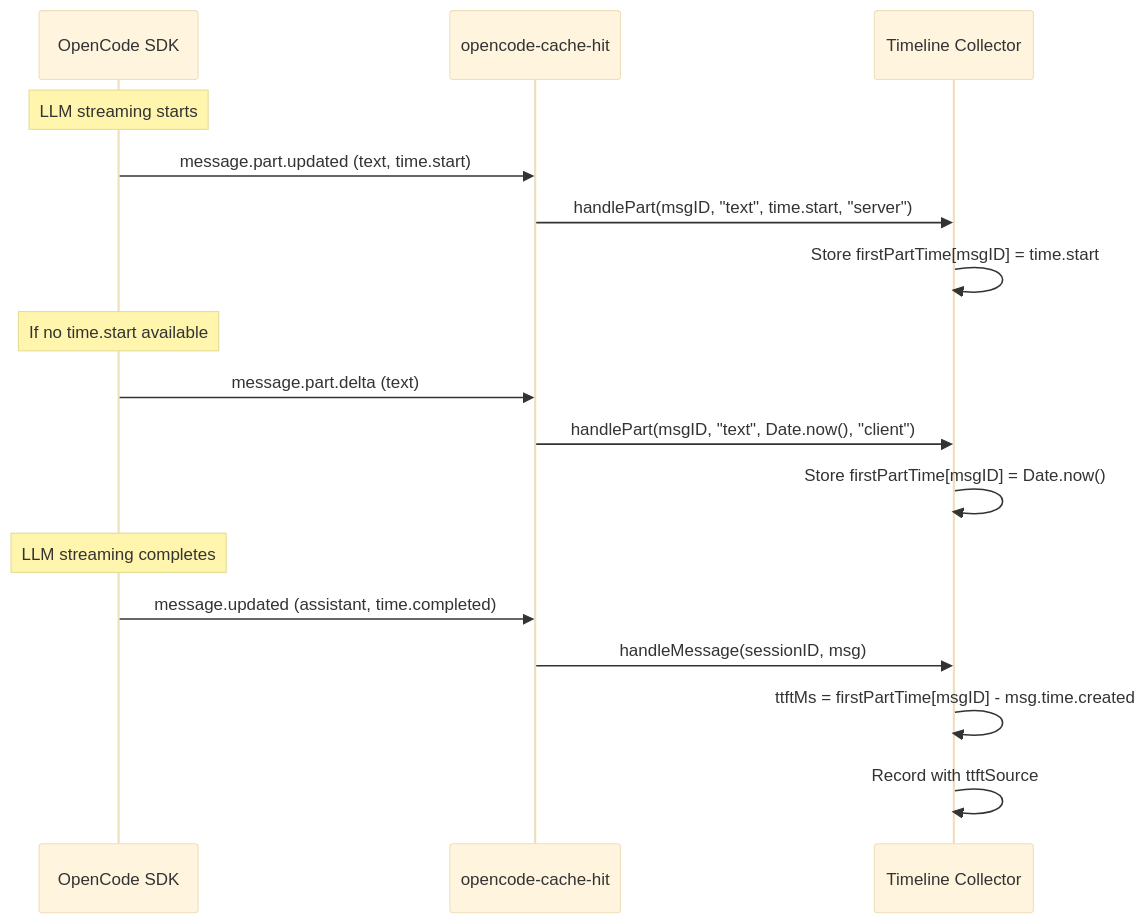
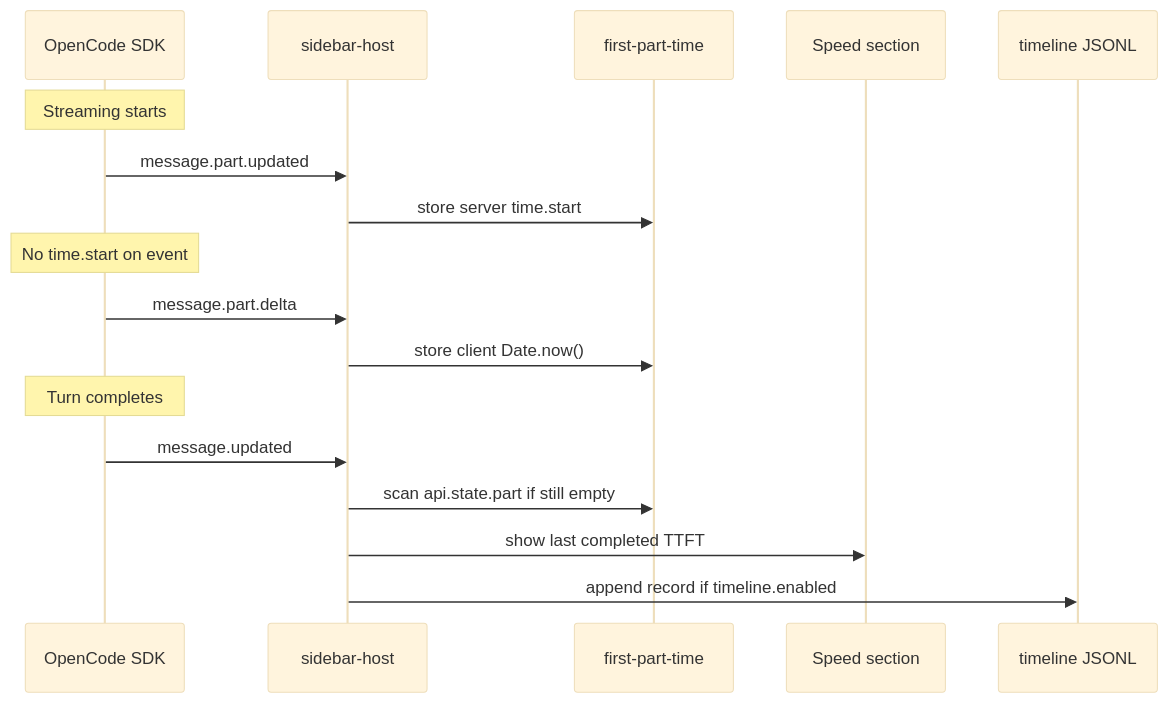
One commit to joaomj/opencode-cache-hit-plugin changed the diagram in docs/en/ttft-hybrid.md. Above: the diagram before and after it, drawn with Mermaid (base theme). The commit also changed other lines of this file and 16 other files, not shown here.

First line of the commit message:
fix(ttft): decouple sidebar timing from timeline and refresh docs

````diff
--- a/docs/en/ttft-hybrid.md
+++ b/docs/en/ttft-hybrid.md
@@ -84,22 +58,22 @@
 ```mermaid
 sequenceDiagram
     participant SDK as OpenCode SDK
-    participant Plugin as opencode-cache-hit
-    participant Timeline as Timeline Collector
-    
-    Note over SDK: LLM streaming starts
-    SDK->>Plugin: message.part.updated (text, time.start)
-    Plugin->>Timeline: handlePart(msgID, "text", time.start, "server")
-    Timeline->>Timeline: Store firstPartTime[msgID] = time.start
-    
-    Note over SDK: If no time.start available
-    SDK->>Plugin: message.part.delta (text)
-    Plugin->>Timeline: handlePart(msgID, "text", Date.now(), "client")
-    Timeline->>Timeline: Store firstPartTime[msgID] = Date.now()
-    
-    Note over SDK: LLM streaming completes
-    SDK->>Plugin: message.updated (assistant, time.completed)
-    Plugin->>Timeline: handleMessage(sessionID, msg)
-    Timeline->>Timeline: ttftMs = firstPartTime[msgID] - msg.time.created
-    Timeline->>Timeline: Record with ttftSource
+    participant Host as sidebar-host
+    participant Tracker as first-part-time
+    participant UI as Speed section
+    participant Timeline as timeline JSONL
+
+    Note over SDK: Streaming starts
+    SDK->>Host: message.part.updated
+    Host->>Tracker: store server time.start
+
+    Note over SDK: No time.start on event
+    SDK->>Host: message.part.delta
+    Host->>Tracker: store client Date.now()
+
+    Note over SDK: Turn completes
+    SDK->>Host: message.updated
+    Host->>Tracker: scan api.state.part if still empty
+    Host->>UI: show last completed TTFT
+    Host->>Timeline: append record if timeline.enabled
 ```
````
